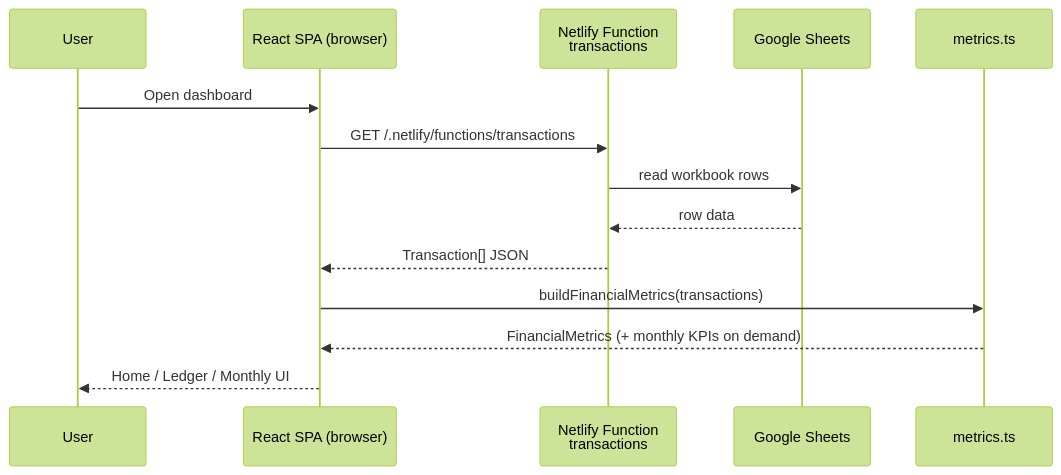
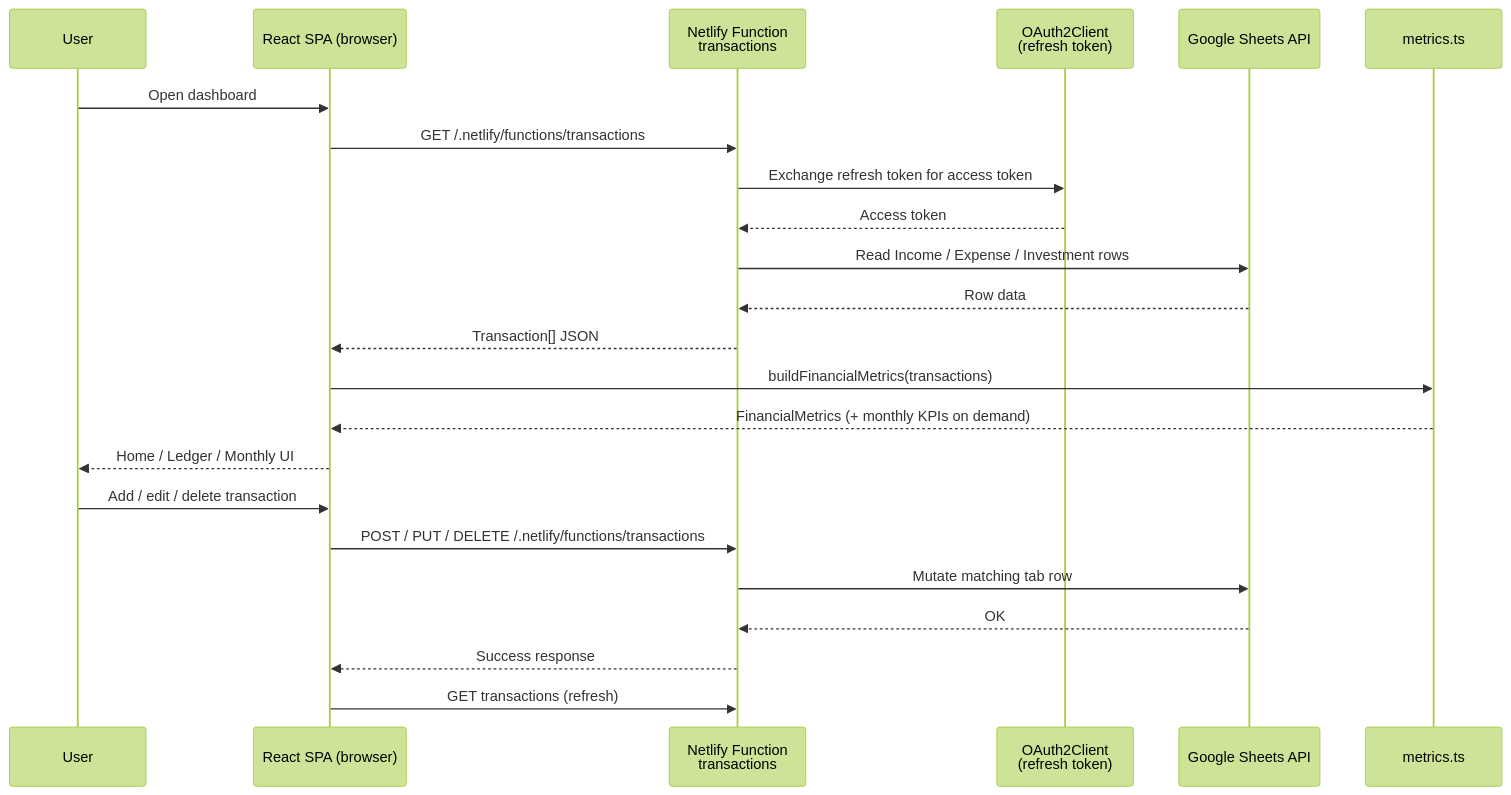
One commit to rahulx81x/MuffinPWA changed the diagram in README.md. Above: the diagram before and after it, drawn with Mermaid (forest theme). The commit also changed other lines of this file and 24 other files, not shown here.

````diff
--- a/README.md
+++ b/README.md
@@ -465,17 +467,26 @@
 ```mermaid
 sequenceDiagram
   participant User
   participant React as React SPA (browser)
   participant Fn as Netlify Function<br/>transactions
-  participant Sheets as Google Sheets
+  participant Auth as OAuth2Client<br/>(refresh token)
+  participant Sheets as Google Sheets API
   participant Metrics as metrics.ts
 
   User->>React: Open dashboard
   React->>Fn: GET /.netlify/functions/transactions
-  Fn->>Sheets: read workbook rows
-  Sheets-->>Fn: row data
+  Fn->>Auth: Exchange refresh token for access token
+  Auth-->>Fn: Access token
+  Fn->>Sheets: Read Income / Expense / Investment rows
+  Sheets-->>Fn: Row data
   Fn-->>React: Transaction[] JSON
   React->>Metrics: buildFinancialMetrics(transactions)
   Metrics-->>React: FinancialMetrics (+ monthly KPIs on demand)
   React-->>User: Home / Ledger / Monthly UI
+  User->>React: Add / edit / delete transaction
+  React->>Fn: POST / PUT / DELETE /.netlify/functions/transactions
+  Fn->>Sheets: Mutate matching tab row
+  Sheets-->>Fn: OK
+  Fn-->>React: Success response
+  React->>Fn: GET transactions (refresh)
 ```
````
